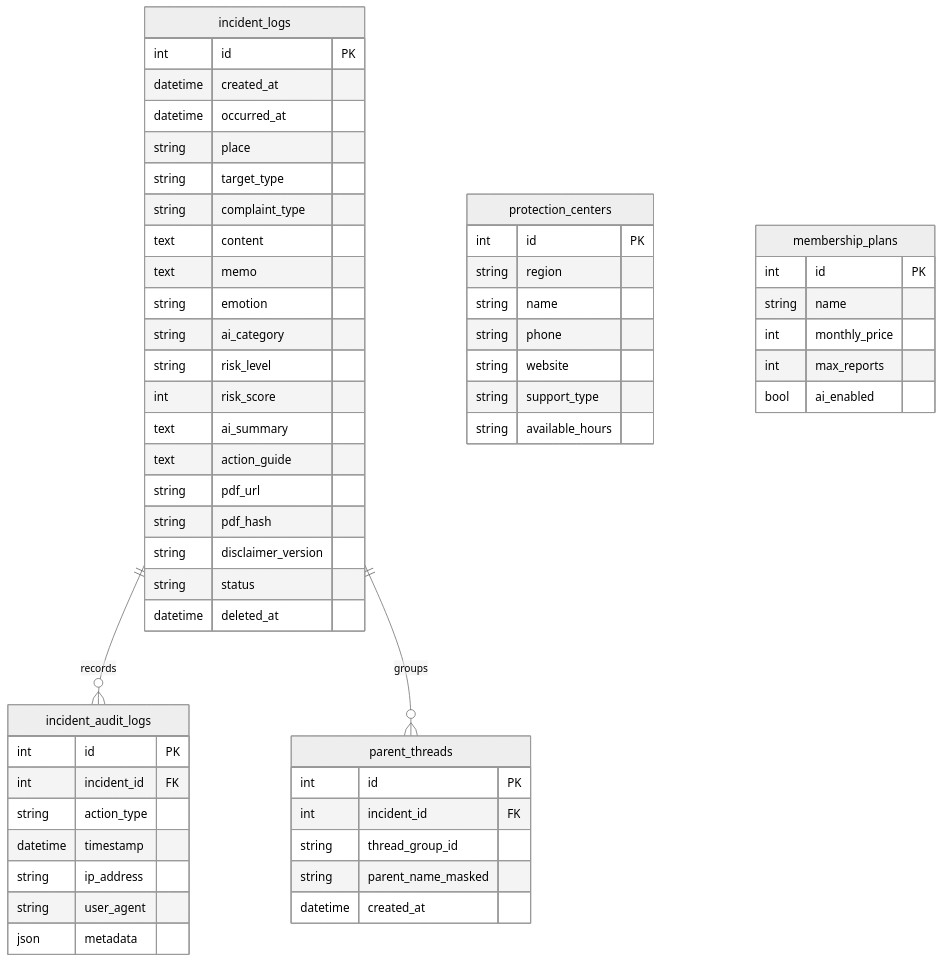
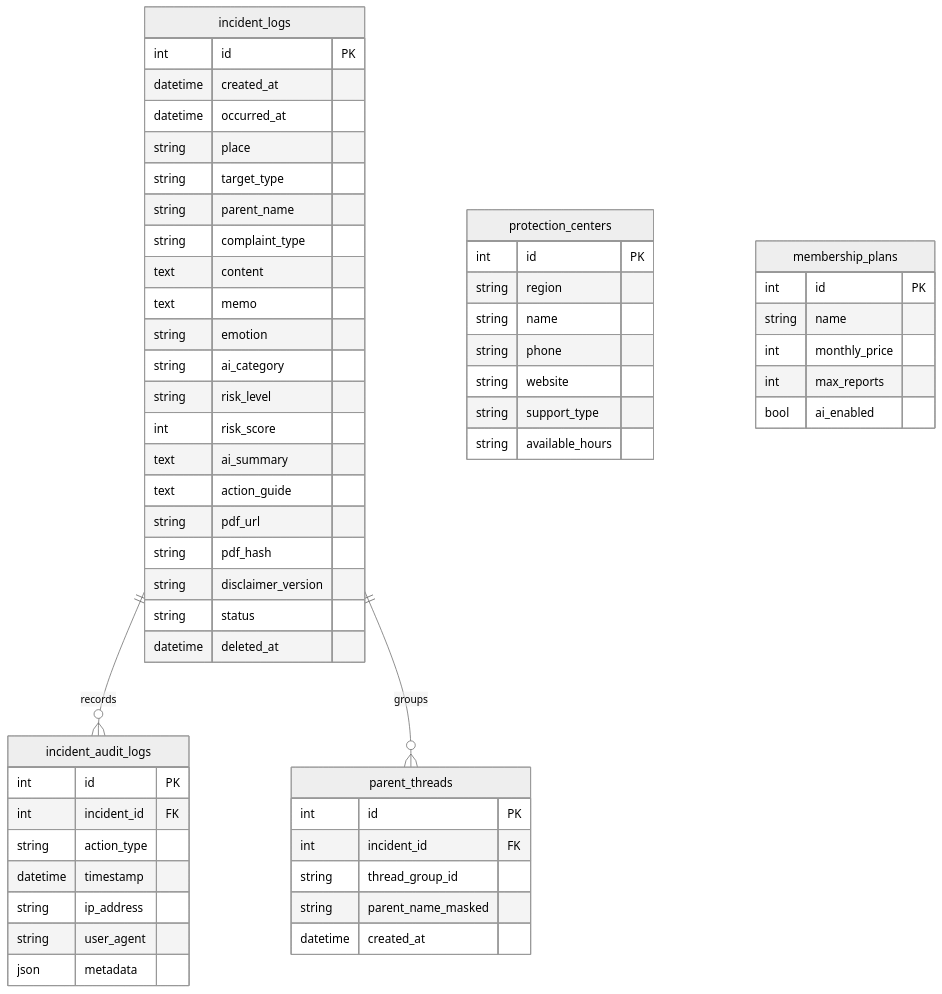
One commit to ug3303-prog/teacher_rights_shield changed the diagram in README.md. Above: the diagram before and after it, drawn with Mermaid (neutral theme). The commit also changed other lines of this file and 11 other files, not shown here.

````diff
--- a/README.md
+++ b/README.md
@@ -51,63 +51,64 @@
 ```mermaid
 erDiagram
   incident_logs {
     int id PK
     datetime created_at
     datetime occurred_at
     string place
     string target_type
+    string parent_name
     string complaint_type
     text content
     text memo
     string emotion
     string ai_category
     string risk_level
     int risk_score
     text ai_summary
     text action_guide
     string pdf_url
     string pdf_hash
     string disclaimer_version
     string status
     datetime deleted_at
   }
 
   incident_audit_logs {
     int id PK
     int incident_id FK
     string action_type
     datetime timestamp
     string ip_address
     string user_agent
     json metadata
   }
 
   parent_threads {
     int id PK
     int incident_id FK
     string thread_group_id
     string parent_name_masked
     datetime created_at
   }
 
   protection_centers {
     int id PK
     string region
     string name
     string phone
     string website
     string support_type
     string available_hours
   }
 
   membership_plans {
     int id PK
     string name
     int monthly_price
     int max_reports
     bool ai_enabled
   }
 
   incident_logs ||--o{ incident_audit_logs : records
   incident_logs ||--o{ parent_threads : groups
 ```
````
